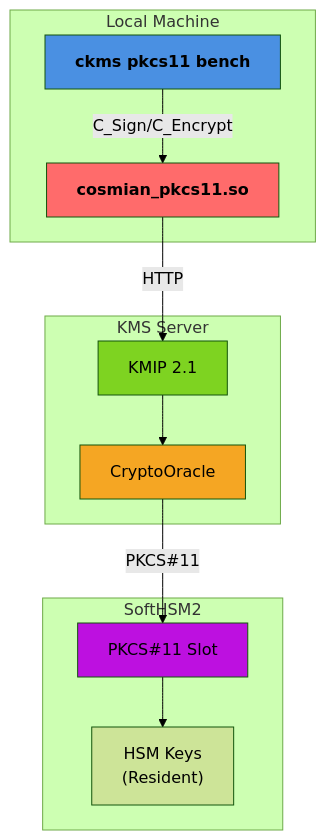
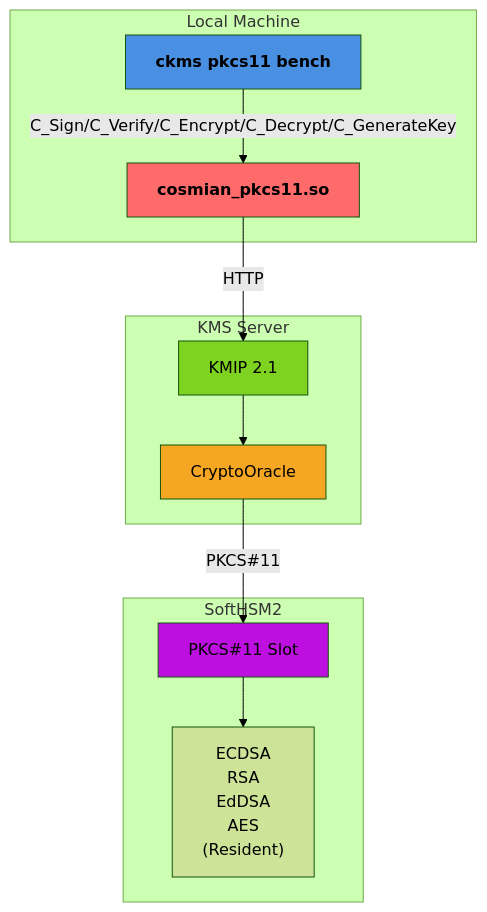
The diagram in documentation/docs/benchmarks/ckms_bench_pkcs11_hsm_delegated_softhsm2/report.md (Cosmian/kms), drawn with Mermaid (forest theme) before and after one commit. The commit also changed other lines of this file and 27 other files, not shown here.

````diff
--- a/documentation/docs/benchmarks/ckms_bench_pkcs11_hsm_delegated_softhsm2/report.md
+++ b/documentation/docs/benchmarks/ckms_bench_pkcs11_hsm_delegated_softhsm2/report.md
@@ -84,29 +86,29 @@
 ```mermaid
 graph TB
     subgraph cli["Local Machine"]
         ckms["<b>ckms pkcs11 bench</b>"]
         lib["<b>cosmian_pkcs11.so</b>"]
     end
 
     subgraph srv["KMS Server"]
         kmip["KMIP 2.1"]
         oracle["CryptoOracle"]
     end
 
     subgraph hsm["SoftHSM2"]
         slot["PKCS#11 Slot"]
-        keys["HSM Keys<br/>(Resident)"]
+        keys["ECDSA<br/>RSA<br/>EdDSA<br/>AES<br/>(Resident)"]
     end
 
-    ckms -->|C_Sign/C_Encrypt| lib
+    ckms -->|C_Sign/C_Verify/C_Encrypt/C_Decrypt/C_GenerateKey| lib
     lib -->|HTTP| kmip
     kmip --> oracle
     oracle -->|PKCS#11| slot
     slot --> keys
 
     style ckms fill:#4A90E2
     style lib fill:#FF6B6B
     style kmip fill:#7ED321
     style oracle fill:#F5A623
     style slot fill:#BD10E0
 ```
````
